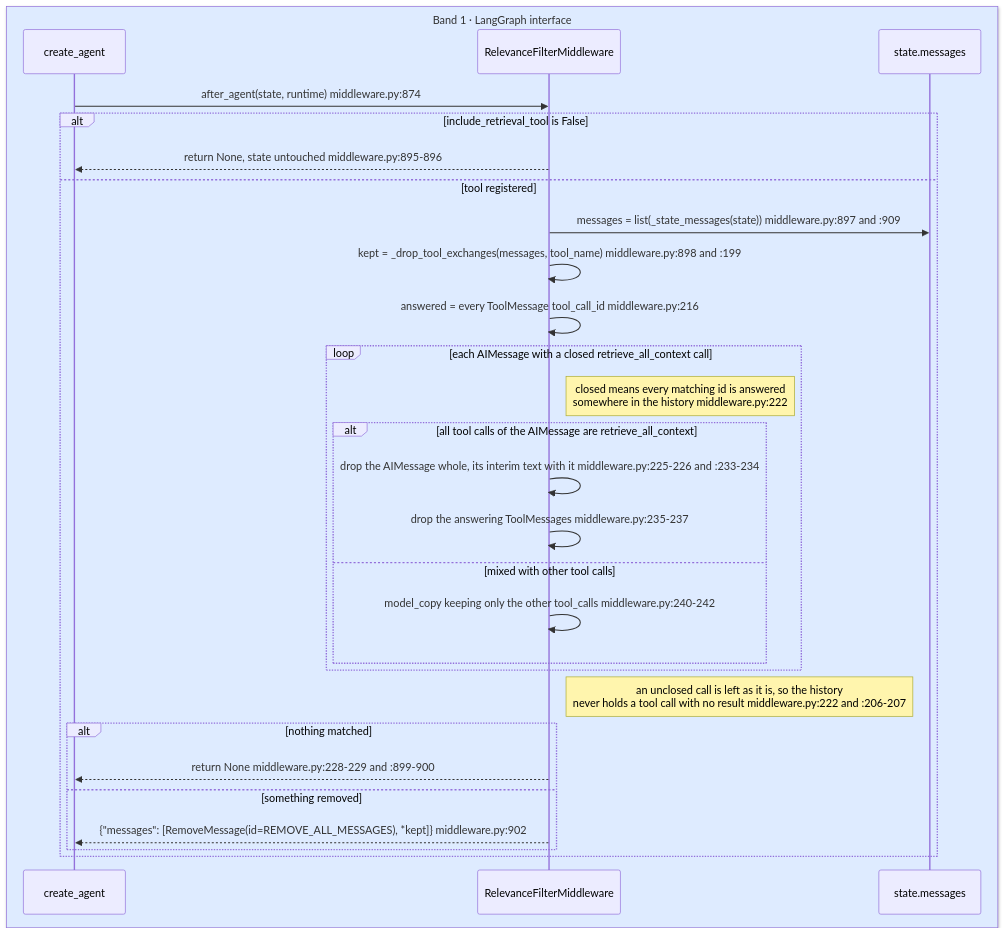
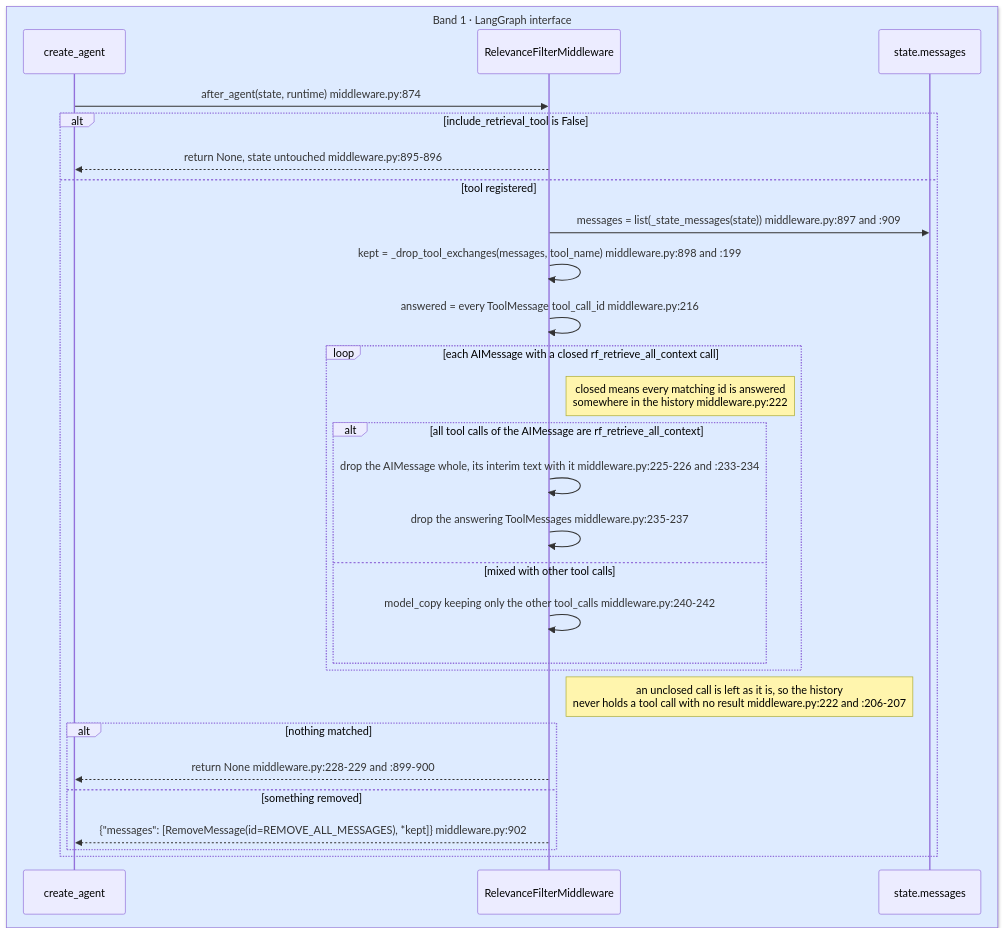
One commit to aws-samples/sample-context-engineering changed the fourth of 4 diagrams in docs/design/sequence/langgraph/sequence-a-relevance.md. Above: the diagram before and after it, drawn with Mermaid. The commit also changed other lines of this file and 124 other files, not shown here.

````diff
--- a/docs/design/sequence/langgraph/sequence-a-relevance.md
+++ b/docs/design/sequence/langgraph/sequence-a-relevance.md
@@ -416,32 +416,32 @@
 ```mermaid
 sequenceDiagram
     box rgb(222,235,255) Band 1 · LangGraph interface
         participant Agent as create_agent
         participant MW as RelevanceFilterMiddleware
         participant State as state.messages
     end
 
     Agent->>MW: after_agent(state, runtime)  middleware.py:874
     alt include_retrieval_tool is False
         MW-->>Agent: return None, state untouched  middleware.py:895-896
     else tool registered
         MW->>State: messages = list(_state_messages(state))  middleware.py:897 and :909
         MW->>MW: kept = _drop_tool_exchanges(messages, tool_name)  middleware.py:898 and :199
         MW->>MW: answered = every ToolMessage tool_call_id  middleware.py:216
-        loop each AIMessage with a closed retrieve_all_context call
+        loop each AIMessage with a closed rf_retrieve_all_context call
             Note right of MW: closed means every matching id is answered<br/>somewhere in the history  middleware.py:222
-            alt all tool calls of the AIMessage are retrieve_all_context
+            alt all tool calls of the AIMessage are rf_retrieve_all_context
                 MW->>MW: drop the AIMessage whole, its interim text with it  middleware.py:225-226 and :233-234
                 MW->>MW: drop the answering ToolMessages  middleware.py:235-237
             else mixed with other tool calls
                 MW->>MW: model_copy keeping only the other tool_calls  middleware.py:240-242
             end
         end
         Note right of MW: an unclosed call is left as it is, so the history<br/>never holds a tool call with no result  middleware.py:222 and :206-207
         alt nothing matched
             MW-->>Agent: return None  middleware.py:228-229 and :899-900
         else something removed
             MW-->>Agent: {"messages": [RemoveMessage(id=REMOVE_ALL_MESSAGES), *kept]}  middleware.py:902
         end
     end
 ```
````
